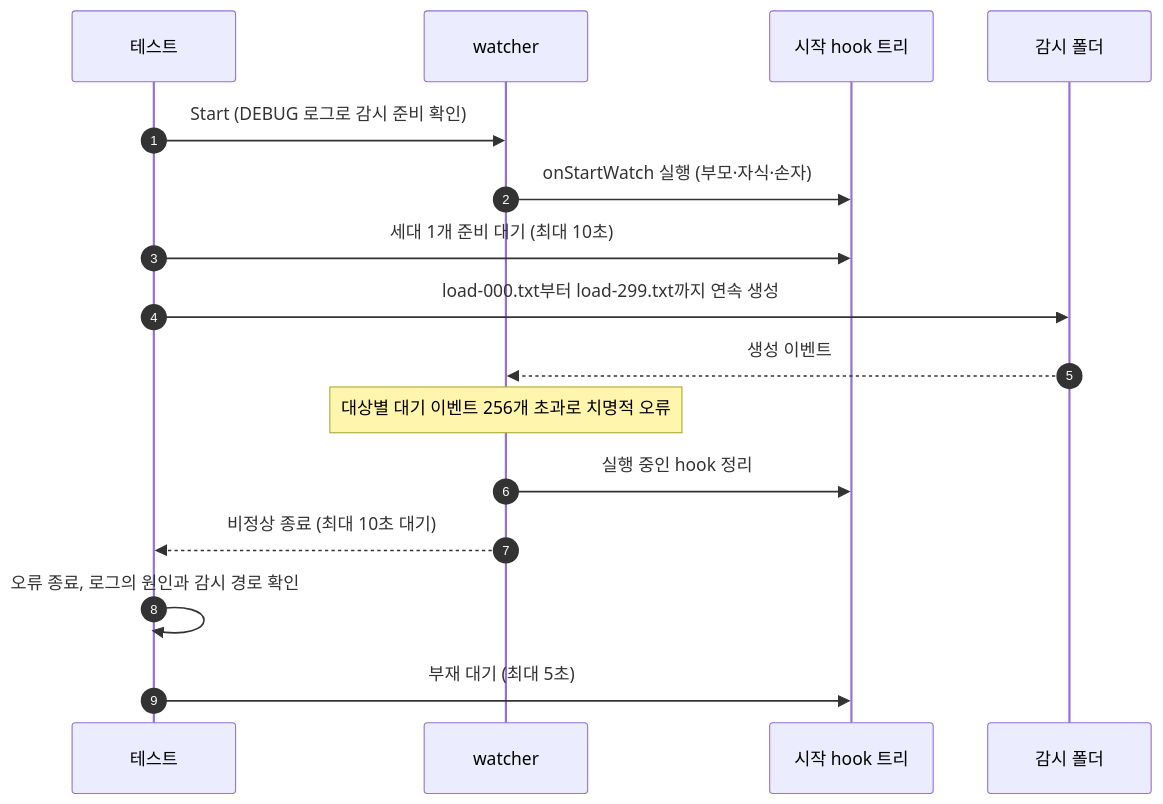
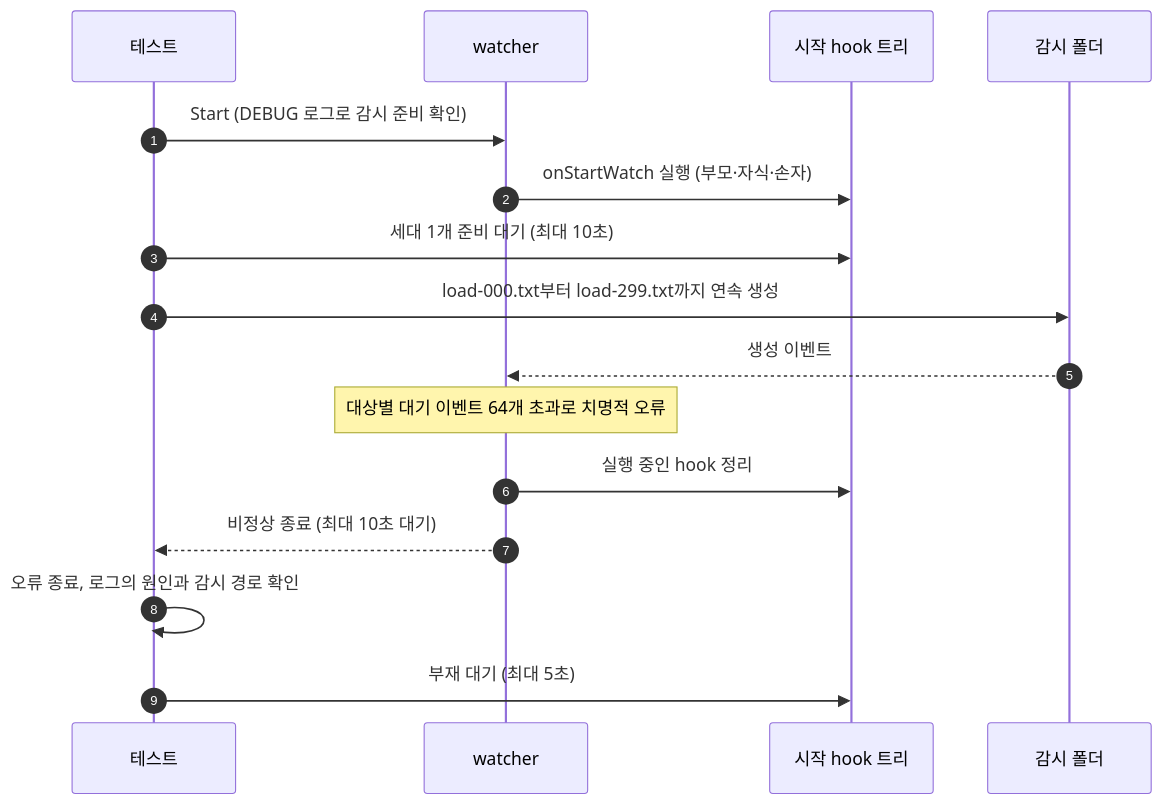
The diagram in e2e/docs/scenarios/bounded-overload-cli.ko.md (seungyeop-lee/directory-watcher), drawn with Mermaid before and after one commit. The commit also changed other lines of this file and 41 other files, not shown here.

````diff
--- a/e2e/docs/scenarios/bounded-overload-cli.ko.md
+++ b/e2e/docs/scenarios/bounded-overload-cli.ko.md
@@ -24,18 +24,18 @@
 ```mermaid
 sequenceDiagram
     autonumber
     participant testCode as 테스트
     participant watcherProc as watcher
     participant startTree as 시작 hook 트리
     participant watchDir as 감시 폴더
     testCode->>watcherProc: Start (DEBUG 로그로 감시 준비 확인)
     watcherProc->>startTree: onStartWatch 실행 (부모·자식·손자)
     testCode->>startTree: 세대 1개 준비 대기 (최대 10초)
     testCode->>watchDir: load-000.txt부터 load-299.txt까지 연속 생성
     watchDir-->>watcherProc: 생성 이벤트
-    Note over watcherProc: 대상별 대기 이벤트 256개 초과로 치명적 오류
+    Note over watcherProc: 대상별 대기 이벤트 64개 초과로 치명적 오류
     watcherProc->>startTree: 실행 중인 hook 정리
     watcherProc-->>testCode: 비정상 종료 (최대 10초 대기)
     testCode->>testCode: 오류 종료, 로그의 원인과 감시 경로 확인
     testCode->>startTree: 부재 대기 (최대 5초)
 ```
````
